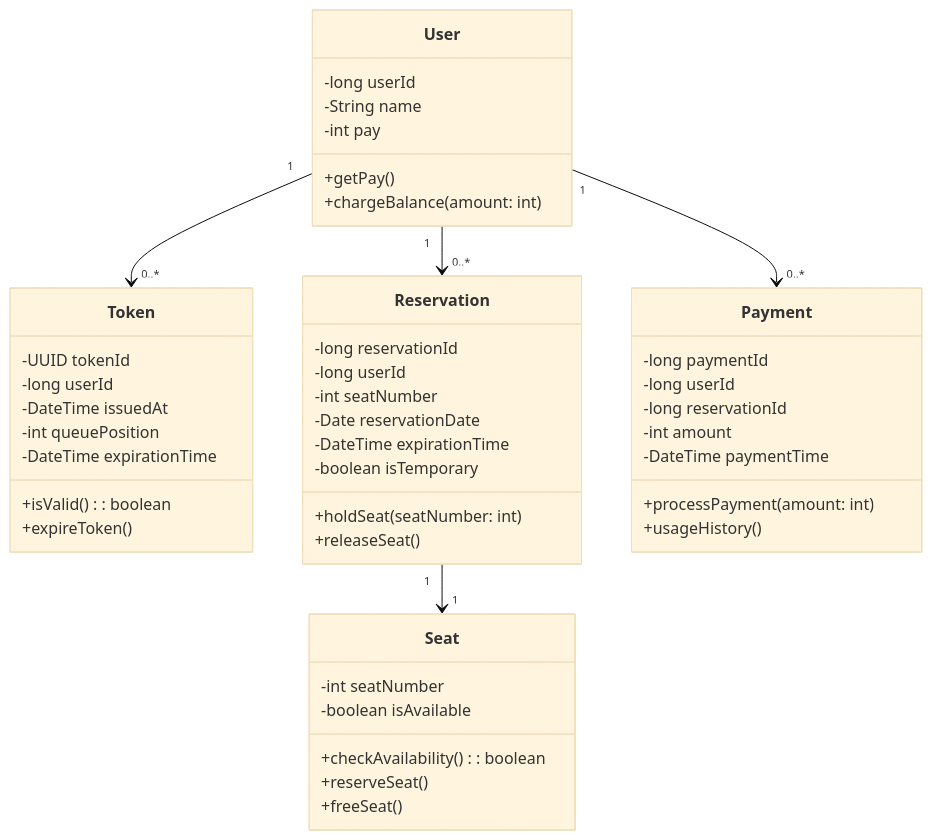
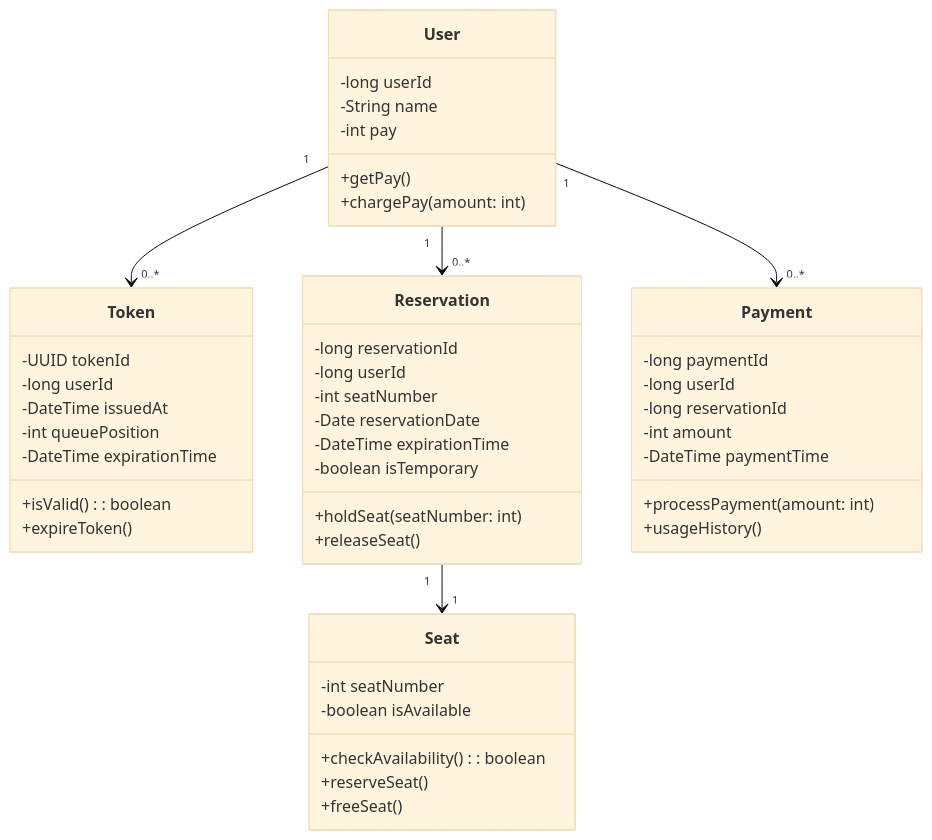
Before and after one commit to fatallinverno/hhplus-concert-reservation: the second of 4 diagrams in README.md, drawn with Mermaid (base theme).

Commit message:
수정

````diff
--- a/README.md
+++ b/README.md
@@ -36,54 +36,54 @@
 ```mermaid
 classDiagram
     class User {
         -long userId
         -String name
         -int pay
         +getPay()
-        +chargeBalance(amount: int)
+        +chargePay(amount: int)
     }
     
     class Token {
         -UUID tokenId
         -long userId
         -DateTime issuedAt
         -int queuePosition
         -DateTime expirationTime
         +isValid(): boolean
         +expireToken()
     }
     
     class Reservation {
         -long reservationId
         -long userId
         -int seatNumber
         -Date reservationDate
         -DateTime expirationTime
         -boolean isTemporary
         +holdSeat(seatNumber: int)
         +releaseSeat()
     }
     
     class Payment {
         -long paymentId
         -long userId
         -long reservationId
         -int amount
         -DateTime paymentTime
         +processPayment(amount: int)
         +usageHistory()
     }
     
     class Seat {
         -int seatNumber
         -boolean isAvailable
         +checkAvailability(): boolean
         +reserveSeat()
         +freeSeat()
     }
 
     User "1" --> "0..*" Token
     User "1" --> "0..*" Reservation
     User "1" --> "0..*" Payment
     Reservation "1" --> "1" Seat
 ```
````
